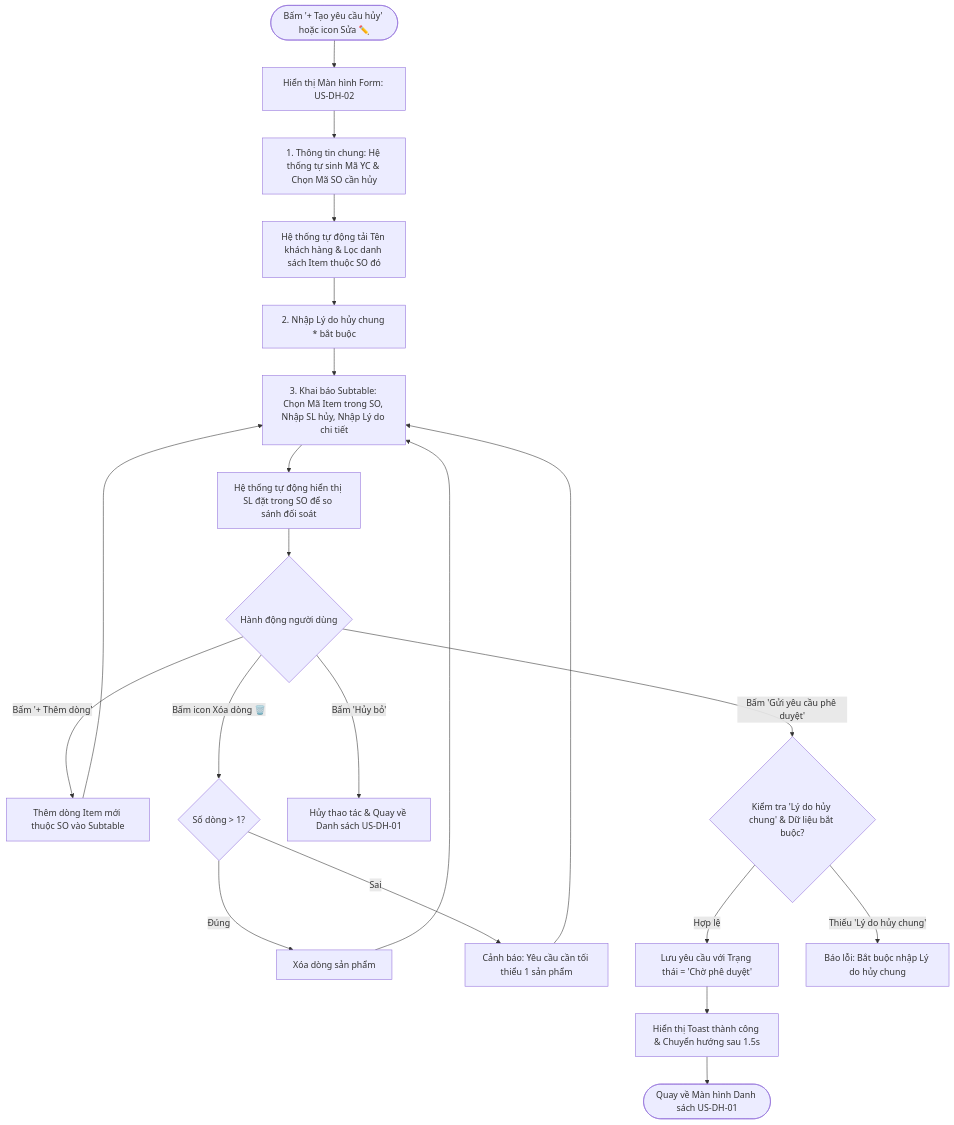
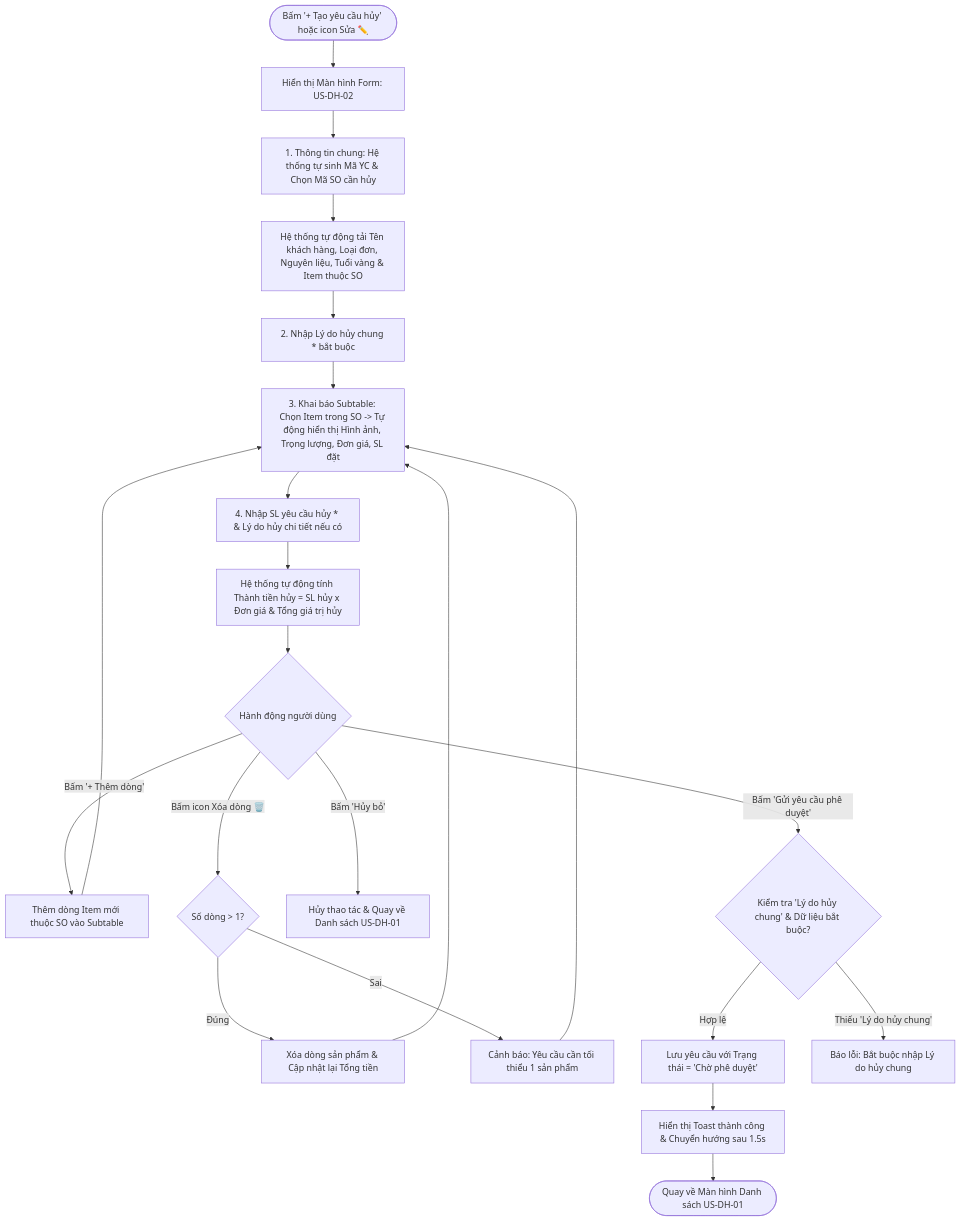
Before and after one commit to midumidu1213-collab/order-prototype: the diagram in docs/user-stories/US-DH-02-tao-chinh-sua-yeu-cau-huy-so.md, drawn with Mermaid. The commit also changed other lines of this file and 3 other files, not shown here.

````diff
--- a/docs/user-stories/US-DH-02-tao-chinh-sua-yeu-cau-huy-so.md
+++ b/docs/user-stories/US-DH-02-tao-chinh-sua-yeu-cau-huy-so.md
@@ -18,31 +18,32 @@
 ```mermaid
 flowchart TD
     Start([Bấm '+ Tạo yêu cầu hủy' hoặc icon Sửa ✏️]) --> FormView[Hiển thị Màn hình Form: US-DH-02]
     
     FormView --> Step1[1. Thông tin chung: Hệ thống tự sinh Mã YC & Chọn Mã SO cần hủy]
-    Step1 --> AutoLoad[Hệ thống tự động tải Tên khách hàng & Lọc danh sách Item thuộc SO đó]
+    Step1 --> AutoLoad[Hệ thống tự động tải Tên khách hàng, Loại đơn, Nguyên liệu, Tuổi vàng & Item thuộc SO]
     
     AutoLoad --> Step2[2. Nhập Lý do hủy chung * bắt buộc]
-    Step2 --> Step3[3. Khai báo Subtable: Chọn Mã Item trong SO, Nhập SL hủy, Nhập Lý do chi tiết]
+    Step2 --> Step3[3. Khai báo Subtable: Chọn Item trong SO -> Tự động hiển thị Hình ảnh, Trọng lượng, Đơn giá, SL đặt]
     
-    Step3 --> RealtimeCalc[Hệ thống tự động hiển thị SL đặt trong SO để so sánh đối soát]
+    Step3 --> InputQty[4. Nhập SL yêu cầu hủy * & Lý do hủy chi tiết nếu có]
+    InputQty --> RealtimeCalc[Hệ thống tự động tính Thành tiền hủy = SL hủy x Đơn giá & Tổng giá trị hủy]
     
     RealtimeCalc --> UserAction{Hành động người dùng}
     
     UserAction -->|Bấm '+ Thêm dòng'| AddRow[Thêm dòng Item mới thuộc SO vào Subtable]
     AddRow --> Step3
     
     UserAction -->|Bấm icon Xóa dòng 🗑️| CheckCount{Số dòng > 1?}
-    CheckCount -->|Đúng| RemoveRow[Xóa dòng sản phẩm]
+    CheckCount -->|Đúng| RemoveRow[Xóa dòng sản phẩm & Cập nhật lại Tổng tiền]
     CheckCount -->|Sai| AlertMinRow[Cảnh báo: Yêu cầu cần tối thiểu 1 sản phẩm]
     RemoveRow --> Step3
     AlertMinRow --> Step3
     
     UserAction -->|Bấm 'Hủy bỏ'| CancelForm[Hủy thao tác & Quay về Danh sách US-DH-01]
     
     UserAction -->|Bấm 'Gửi yêu cầu phê duyệt'| ValidateForm{Kiểm tra 'Lý do hủy chung' & Dữ liệu bắt buộc?}
     ValidateForm -->|Hợp lệ| SaveRecord[Lưu yêu cầu với Trạng thái = 'Chờ phê duyệt']
     ValidateForm -->|Thiếu 'Lý do hủy chung'| ShowError[Báo lỗi: Bắt buộc nhập Lý do hủy chung]
     SaveRecord --> SuccessNotify[Hiển thị Toast thành công & Chuyển hướng sau 1.5s]
     SuccessNotify --> Done([Quay về Màn hình Danh sách US-DH-01])
 ```
````
